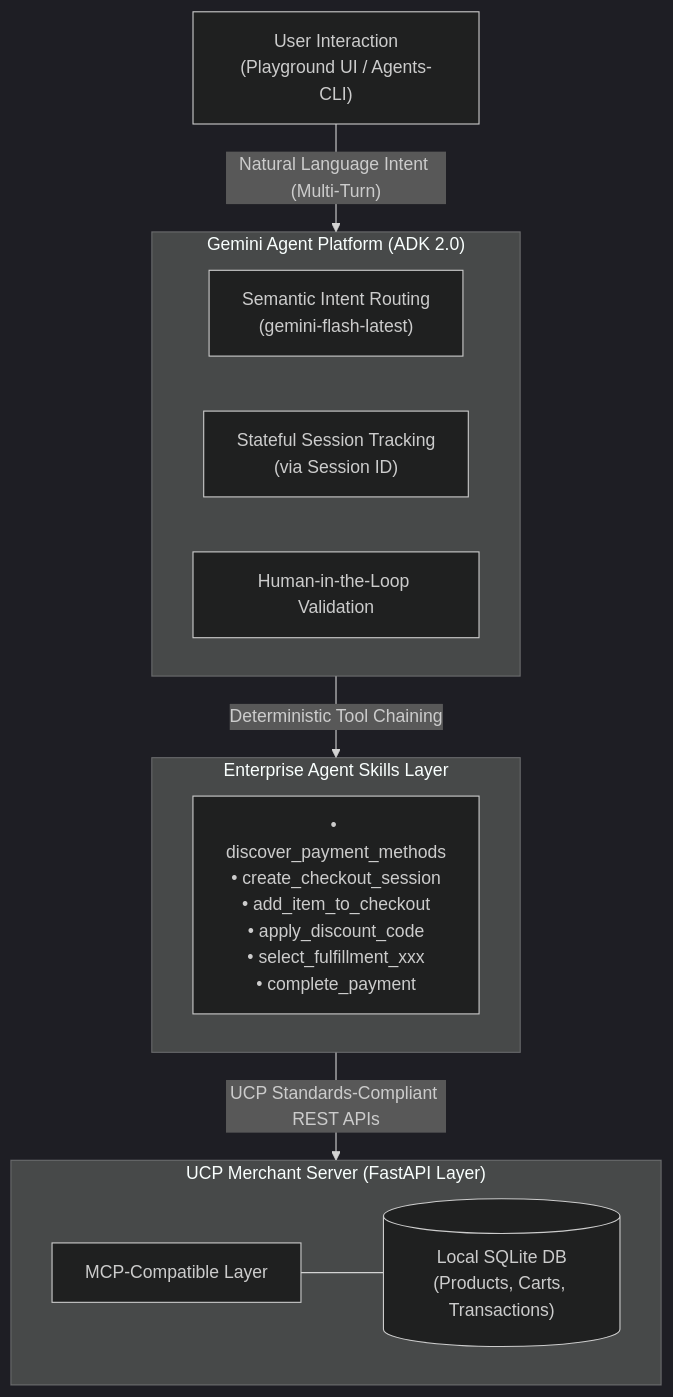
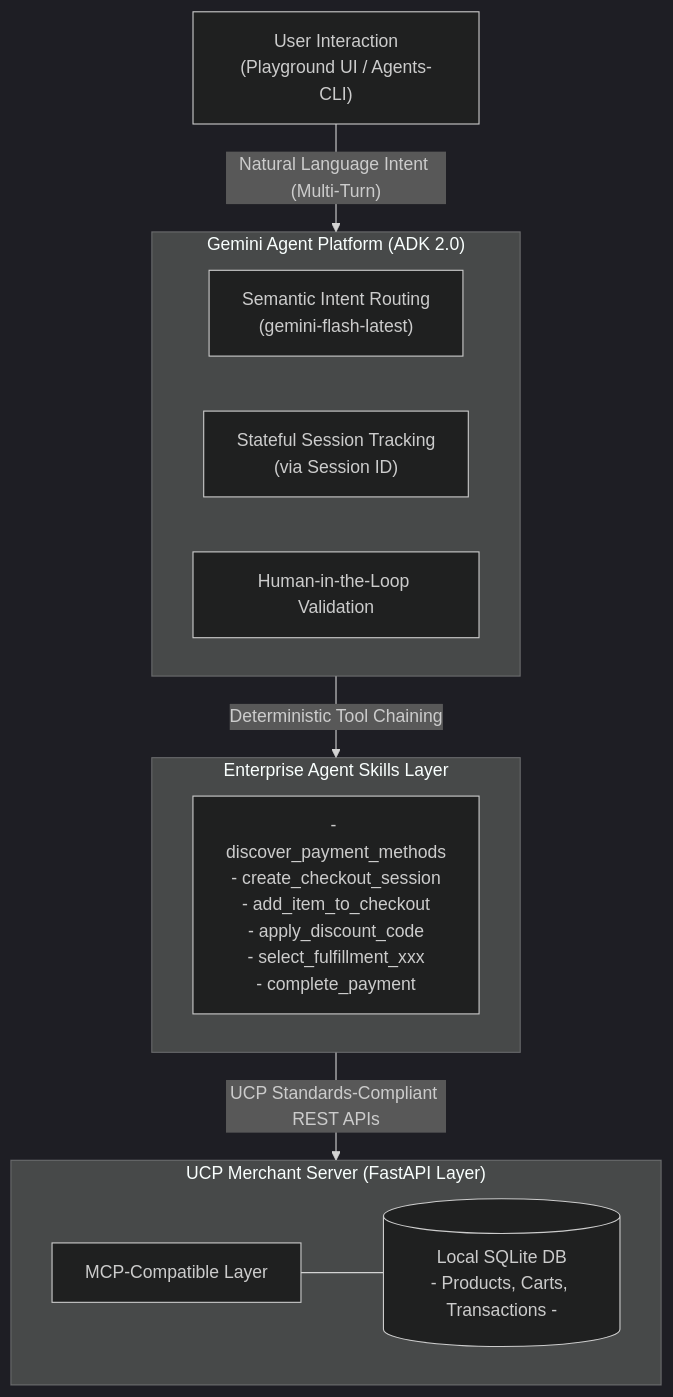
One commit to shogoorg/samples-rest changed the diagram in README.md. Above: the diagram before and after it, drawn with Mermaid (dark theme).

Commit message:
docs: fix Mermaid diagram syntax error by removing nested parentheses

````diff
--- a/README.md
+++ b/README.md
@@ -17,24 +17,24 @@
 ```mermaid
 graph TD
     User["User Interaction<br>(Playground UI / Agents-CLI)"]
     
     subgraph Platform["Gemini Agent Platform (ADK 2.0)"]
         Router["Semantic Intent Routing<br>(gemini-flash-latest)"]
         Session["Stateful Session Tracking<br>(via Session ID)"]
         HITL["Human-in-the-Loop Validation"]
     end
     
     subgraph Skills["Enterprise Agent Skills Layer"]
-        Tools["• discover_payment_methods<br>• create_checkout_session<br>• add_item_to_checkout<br>• apply_discount_code<br>• select_fulfillment_xxx<br>• complete_payment"]
+        Tools["- discover_payment_methods<br>- create_checkout_session<br>- add_item_to_checkout<br>- apply_discount_code<br>- select_fulfillment_xxx<br>- complete_payment"]
     end
     
     subgraph Backend["UCP Merchant Server (FastAPI Layer)"]
         MCP["MCP-Compatible Layer"]
-        DB[("Local SQLite DB<br>(Products, Carts, Transactions)")]
+        DB[("Local SQLite DB<br>- Products, Carts, Transactions -")]
     end
     
     User -->|"Natural Language Intent (Multi-Turn)"| Platform
     Platform -->|"Deterministic Tool Chaining"| Skills
     Skills -->|"UCP Standards-Compliant REST APIs"| Backend
     MCP --- DB
 ```
````
